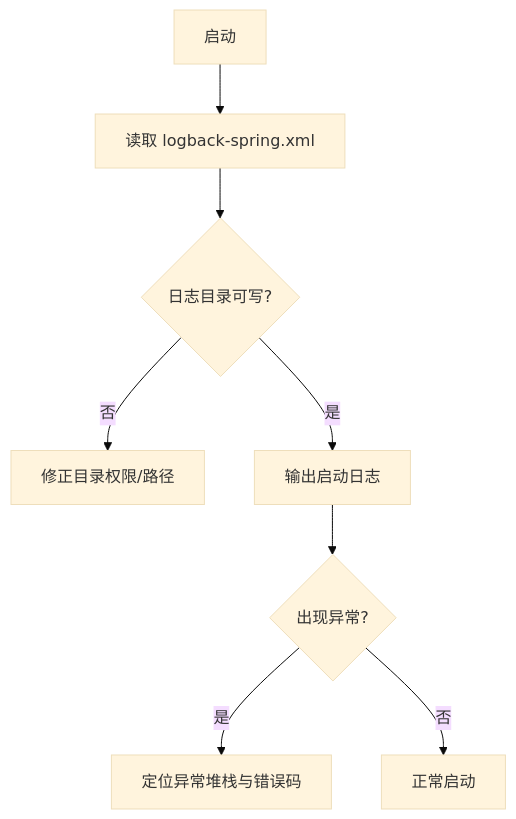
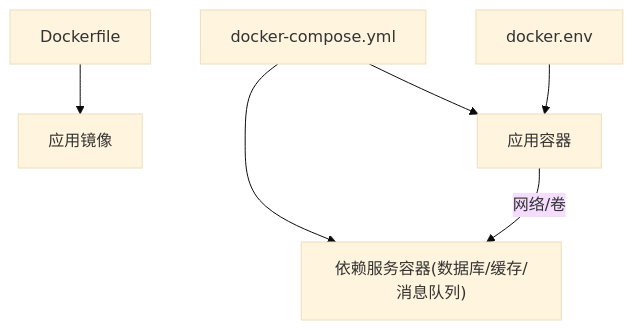
One commit to xiaoche80s-tech/rouyi-vue-pro changed the fifth of 6 diagrams in .qoder/repowiki/zh/content/故障排查/启动问题排查.md. Above: the diagram before and after it, drawn with Mermaid (base theme). The commit also changed other lines of this file and 840 other files, not shown here.

````diff
--- a/.qoder/repowiki/zh/content/故障排查/启动问题排查.md
+++ b/.qoder/repowiki/zh/content/故障排查/启动问题排查.md
@@ -166,10 +214,14 @@
 ```mermaid
-flowchart TD
-A["启动"] --> B["读取 logback-spring.xml"]
-B --> C{"日志目录可写?"}
-C --> |否| D["修正目录权限/路径"]
-C --> |是| E["输出启动日志"]
-E --> F{"出现异常?"}
-F --> |是| G["定位异常堆栈与错误码"]
-F --> |否| H["正常启动"]
+graph TB
+DF["Dockerfile"]
+DC["docker-compose.yml"]
+ENV["docker.env"]
+IMG["应用镜像"]
+SVC["应用容器"]
+DEP["依赖服务容器(数据库/缓存/消息队列)"]
+DF --> IMG
+DC --> SVC
+DC --> DEP
+ENV --> SVC
+SVC --> |"网络/卷"| DEP
 ```
````
